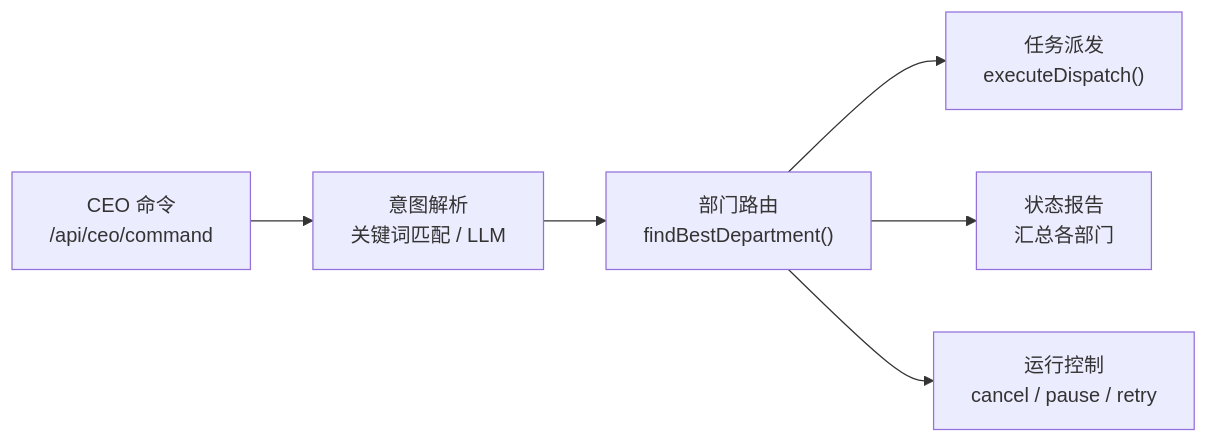
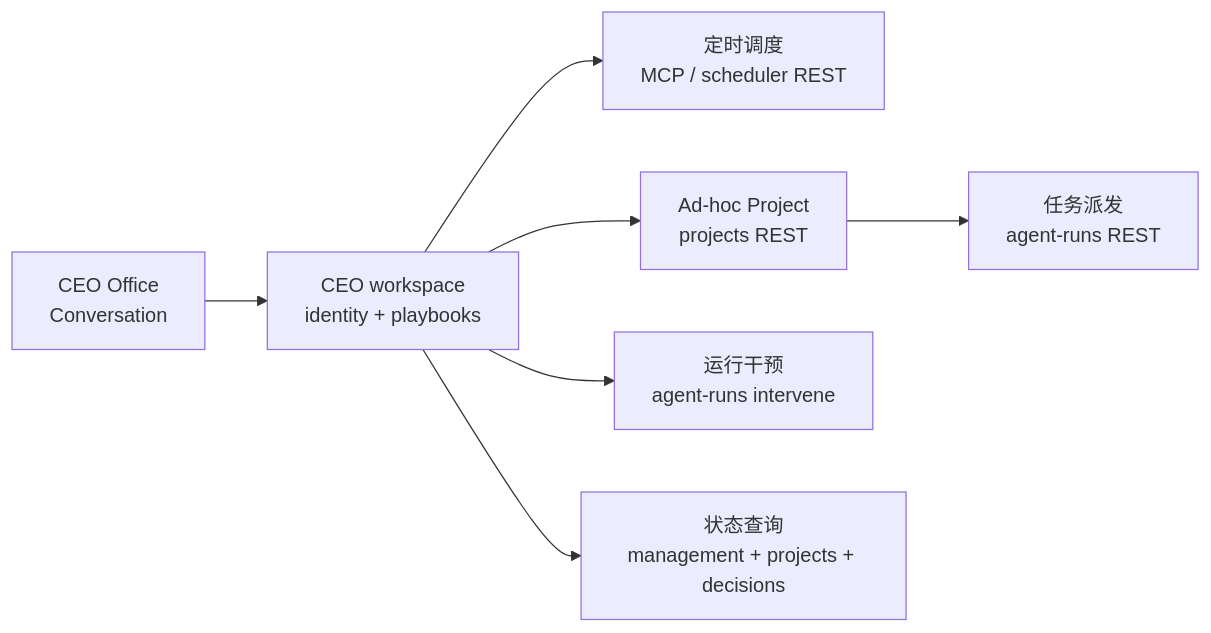
Before and after one commit to pikapikaspeedup/OPC_CEO: diagram 17 of 23 in ARCHITECTURE.md, drawn with Mermaid. The commit also changed other lines of this file and 72 other files, not shown here.

````diff
--- a/ARCHITECTURE.md
+++ b/ARCHITECTURE.md
@@ -1555,8 +1555,9 @@
 ```mermaid
 flowchart LR
-    CEO["CEO 命令<br/>/api/ceo/command"] --> Parse["意图解析<br/>关键词匹配 / LLM"]
-    Parse --> Route["部门路由<br/>findBestDepartment()"]
-    Route --> Dispatch["任务派发<br/>executeDispatch()"]
-    Route --> Report["状态报告<br/>汇总各部门"]
-    Route --> Control["运行控制<br/>cancel / pause / retry"]
+    CEO["CEO Office<br/>Conversation"] --> Playbook["CEO workspace<br/>identity + playbooks"]
+    Playbook --> Scheduler["定时调度<br/>MCP / scheduler REST"]
+    Playbook --> Project["Ad-hoc Project<br/>projects REST"]
+    Project --> Run["任务派发<br/>agent-runs REST"]
+    Playbook --> Control["运行干预<br/>agent-runs intervene"]
+    Playbook --> Report["状态查询<br/>management + projects + decisions"]
 ```
````
